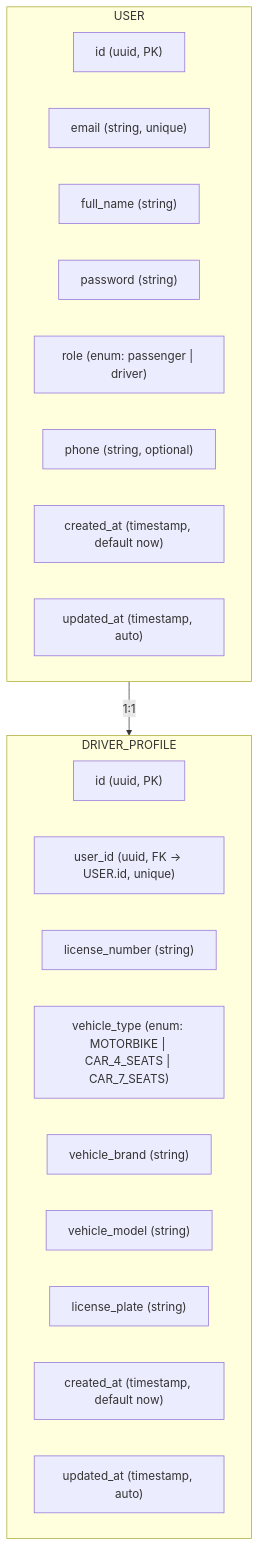
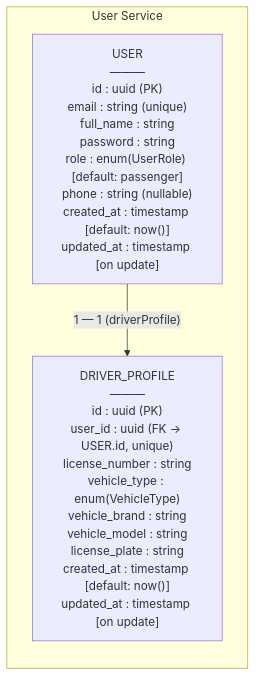
Before and after one commit to LeVanHuy84/microservice-server: the third of 4 diagrams in ARCHITECTURE.md, drawn with Mermaid. The commit also changed other lines of this file, not shown here.

````diff
--- a/ARCHITECTURE.md
+++ b/ARCHITECTURE.md
@@ -137,27 +137,15 @@
 ``` mermaid
-flowchart TB
-    subgraph USER
-        U1["id (uuid, PK)"]
-        U2["email (string, unique)"]
-        U3["full_name (string)"]
-        U4["password (string)"]
-        U5["role (enum: passenger | driver)"]
-        U6["phone (string, optional)"]
-        U7["created_at (timestamp, default now)"]
-        U8["updated_at (timestamp, auto)"]
+flowchart LR
+    %% ===== USER SERVICE =====
+    subgraph UserService["User Service"]
+        class UserService userService
+
+        USER["USER<br>———<br>id : uuid (PK)<br>email : string (unique)<br>full_name : string<br>password : string<br>role : enum(UserRole) [default: passenger]<br>phone : string (nullable)<br>created_at : timestamp [default: now()]<br>updated_at : timestamp [on update]"]
+
+        DRIVER_PROFILE["DRIVER_PROFILE<br>———<br>id : uuid (PK)<br>user_id : uuid (FK → USER.id, unique)<br>license_number : string<br>vehicle_type : enum(VehicleType)<br>vehicle_brand : string<br>vehicle_model : string<br>license_plate : string<br>created_at : timestamp [default: now()]<br>updated_at : timestamp [on update]"]
+
+        %% Relationship
+        USER -->|"1 — 1 (driverProfile)"| DRIVER_PROFILE
     end
 
-    subgraph DRIVER_PROFILE
-        D1["id (uuid, PK)"]
-        D2["user_id (uuid, FK → USER.id, unique)"]
-        D3["license_number (string)"]
-        D4["vehicle_type (enum: MOTORBIKE | CAR_4_SEATS | CAR_7_SEATS)"]
-        D5["vehicle_brand (string)"]
-        D6["vehicle_model (string)"]
-        D7["license_plate (string)"]
-        D8["created_at (timestamp, default now)"]
-        D9["updated_at (timestamp, auto)"]
-    end
-
-    USER -->|"1:1"| DRIVER_PROFILE
 ```
````
